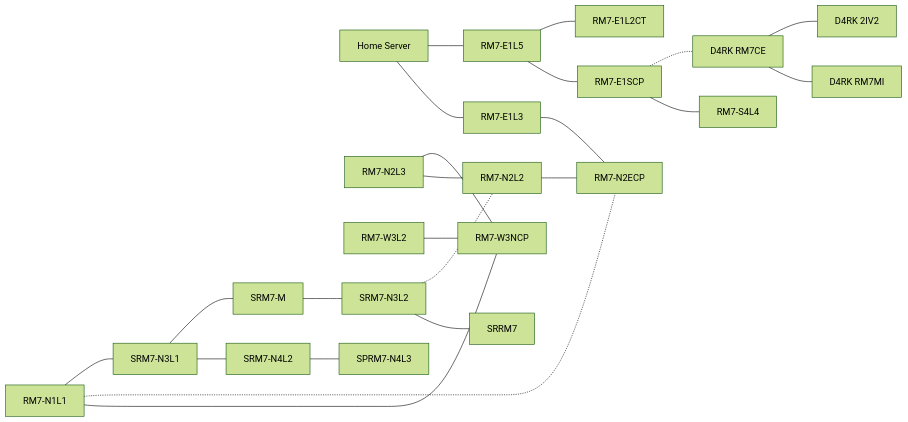
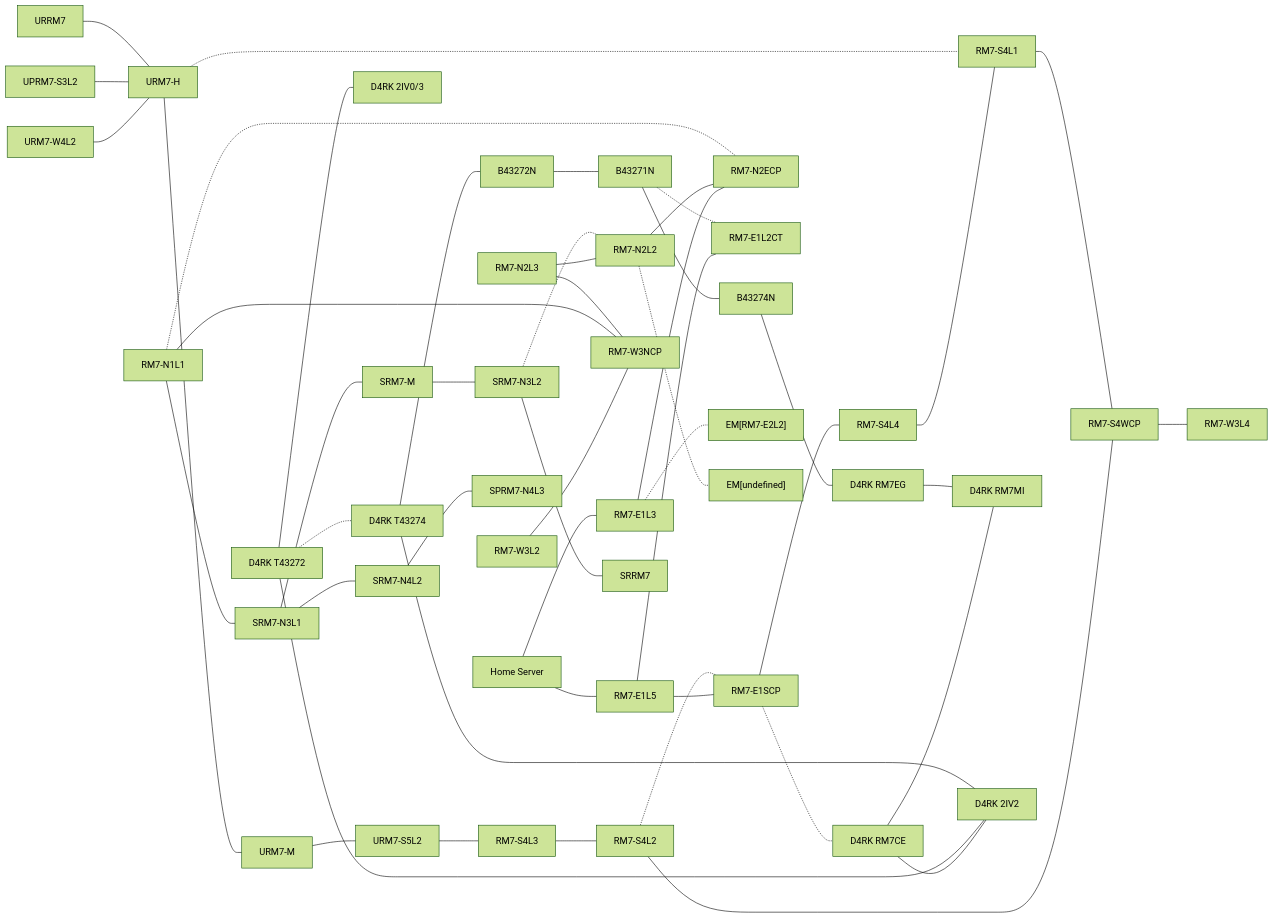
The diagram in Network map/README.md (3ncy/cor3), drawn with Mermaid (forest theme) before and after one commit. The commit also changed other lines of this file and 1 other file, not shown here.

````diff
--- a/Network map/README.md
+++ b/Network map/README.md
@@ -9,19 +9,39 @@
 019da6f1-16f7-75a6-b6d3-0b1d5f92a102["RM7-N2L3"]
 019da6f1-16f7-75a6-b6d3-0b1d5f92a103["RM7-W3L2"]
 019da6f1-16f7-75a6-b6d3-0b1d5f92a104["RM7-N1L1"]
+019e4052-c315-71df-80da-4e334b96c9e6["RM7-S4L1"]
+019e4052-c316-73aa-81f6-38c323c58eb2["RM7-S4L2"]
+019e4052-c316-73aa-81f6-3dcef4d6873e["RM7-S4L3"]
+019e4052-c316-73aa-81f6-4059ea0554e0["RM7-W3L4"]
 019d1b0a-13a9-77dd-b41f-3a21d490cb2d["RM7-E1SCP"]
 019da6f1-16f7-75a6-b6d3-0b1d5f92a105["RM7-N2ECP"]
 019da6f1-16f7-75a6-b6d3-0b1d5f92a106["RM7-W3NCP"]
 019d53aa-5101-7f08-b3dd-378b0ddcf7d0["RM7-E1L2CT"]
+019e4052-c316-73aa-81f6-448645a38c9e["RM7-S4WCP"]
 019d29c5-4b37-7436-aef9-89af09560af3["D4RK RM7CE"]
 019d29c5-4b37-79bf-b23e-304d8ea03c15["D4RK RM7MI"]
+019e4052-c316-73aa-81f6-483e50247e61["D4RK RM7EG"]
+019e4052-c316-73aa-81f6-4da2a3e8df51["D4RK T43272"]
+019e4052-c316-73aa-81f6-53432dbee49d["D4RK T43274"]
 019d29c5-4b37-7de9-b46c-022179bcb5eb["D4RK 2IV2"]
+019e4052-c317-7388-9d71-8044f31bdc0d["D4RK 2IV0/3"]
+019e4052-c316-73aa-81f6-567c9a8f5738["B43271N"]
+019e4052-c316-73aa-81f6-5aa82fc72bdd["B43272N"]
+019e4052-c316-73aa-81f6-60ec61b61f0a["B43274N"]
 019da6f1-16f7-75a6-b6d3-0b1d5f92a107["SRM7-N3L1"]
 019da6f1-16f7-75a6-b6d3-0b1d5f92a108["SRM7-M"]
 019da6f1-16f7-75a6-b6d3-0b1d5f92a109["SRM7-N3L2"]
 019da6f1-16f7-75a6-b6d3-0b1d5f92a10a["SRM7-N4L2"]
 019da6f1-16f7-75a6-b6d3-0b1d5f92a10b["SPRM7-N4L3"]
 019da6f1-16f7-75a6-b6d3-0b1d5f92a10c["SRRM7"]
+019e4052-c317-7388-9d71-85b98a02d5fb["URM7-S5L2"]
+019e4052-c317-7388-9d71-883ffb1560cd["URM7-M"]
+019e4052-c317-7388-9d71-8fed6faaaf99["URM7-H"]
+019e4052-c317-7388-9d71-91d0758336ae["URM7-W4L2"]
+019e4052-c317-7388-9d71-96d991fb4b99["UPRM7-S3L2"]
+019e4052-c317-7388-9d71-9aadc2e7c42b["URRM7"]
+019dbe42-7a63-7a11-9f4d-8a6a61d2a201["EM[RM7-E2L2]"]
+019dbe42-7a63-7a11-9f4d-8a6a61d2a202["EM[undefined]"]
 
 019c0a5b-eeeb-7d3e-b9c9-fd5c2ba7d399 --- 019d1b0a-13a9-77dd-b41f-33f06f2df284
 019c0a5b-eeeb-7d3e-b9c9-fd5c2ba7d399 --- 019d1b0a-13a9-77dd-b41f-374ee144bd07
@@ -45,4 +65,29 @@
 019da6f1-16f7-75a6-b6d3-0b1d5f92a109 --- 019da6f1-16f7-75a6-b6d3-0b1d5f92a10c
 019da6f1-16f7-75a6-b6d3-0b1d5f92a109 -.- 019da6f1-16f7-75a6-b6d3-0b1d5f92a101
 019da6f1-16f7-75a6-b6d3-0b1d5f92a10a --- 019da6f1-16f7-75a6-b6d3-0b1d5f92a10b
+019d1b0a-13a9-77dd-b41f-3ffb5f671742 --- 019e4052-c315-71df-80da-4e334b96c9e6
+019e4052-c316-73aa-81f6-3dcef4d6873e --- 019e4052-c316-73aa-81f6-38c323c58eb2
+019e4052-c316-73aa-81f6-38c323c58eb2 --- 019e4052-c316-73aa-81f6-448645a38c9e
+019e4052-c316-73aa-81f6-38c323c58eb2 -.- 019d1b0a-13a9-77dd-b41f-3a21d490cb2d
+019e4052-c316-73aa-81f6-448645a38c9e --- 019e4052-c316-73aa-81f6-4059ea0554e0
+019e4052-c315-71df-80da-4e334b96c9e6 --- 019e4052-c316-73aa-81f6-448645a38c9e
+019e4052-c316-73aa-81f6-483e50247e61 --- 019d29c5-4b37-79bf-b23e-304d8ea03c15
+019e4052-c316-73aa-81f6-4da2a3e8df51 --- 019d29c5-4b37-7de9-b46c-022179bcb5eb
+019e4052-c316-73aa-81f6-4da2a3e8df51 --- 019e4052-c317-7388-9d71-8044f31bdc0d
+019e4052-c316-73aa-81f6-53432dbee49d --- 019e4052-c316-73aa-81f6-5aa82fc72bdd
+019e4052-c316-73aa-81f6-4da2a3e8df51 -.- 019e4052-c316-73aa-81f6-53432dbee49d
+019e4052-c316-73aa-81f6-53432dbee49d --- 019d29c5-4b37-7de9-b46c-022179bcb5eb
+019e4052-c316-73aa-81f6-60ec61b61f0a --- 019e4052-c316-73aa-81f6-483e50247e61
+019e4052-c316-73aa-81f6-567c9a8f5738 --- 019e4052-c316-73aa-81f6-60ec61b61f0a
+019e4052-c316-73aa-81f6-567c9a8f5738 -.- 019d53aa-5101-7f08-b3dd-378b0ddcf7d0
+019e4052-c316-73aa-81f6-5aa82fc72bdd --- 019e4052-c316-73aa-81f6-567c9a8f5738
+019e4052-c317-7388-9d71-85b98a02d5fb --- 019e4052-c316-73aa-81f6-3dcef4d6873e
+019e4052-c317-7388-9d71-883ffb1560cd --- 019e4052-c317-7388-9d71-85b98a02d5fb
+019e4052-c317-7388-9d71-8fed6faaaf99 --- 019e4052-c317-7388-9d71-883ffb1560cd
+019e4052-c317-7388-9d71-8fed6faaaf99 -.- 019e4052-c315-71df-80da-4e334b96c9e6
+019e4052-c317-7388-9d71-91d0758336ae --- 019e4052-c317-7388-9d71-8fed6faaaf99
+019e4052-c317-7388-9d71-96d991fb4b99 --- 019e4052-c317-7388-9d71-8fed6faaaf99
+019e4052-c317-7388-9d71-9aadc2e7c42b --- 019e4052-c317-7388-9d71-8fed6faaaf99
+019d1b0a-13a9-77dd-b41f-33f06f2df284 -.- 019dbe42-7a63-7a11-9f4d-8a6a61d2a201
+019da6f1-16f7-75a6-b6d3-0b1d5f92a101 -.- 019dbe42-7a63-7a11-9f4d-8a6a61d2a202
 ```
````
